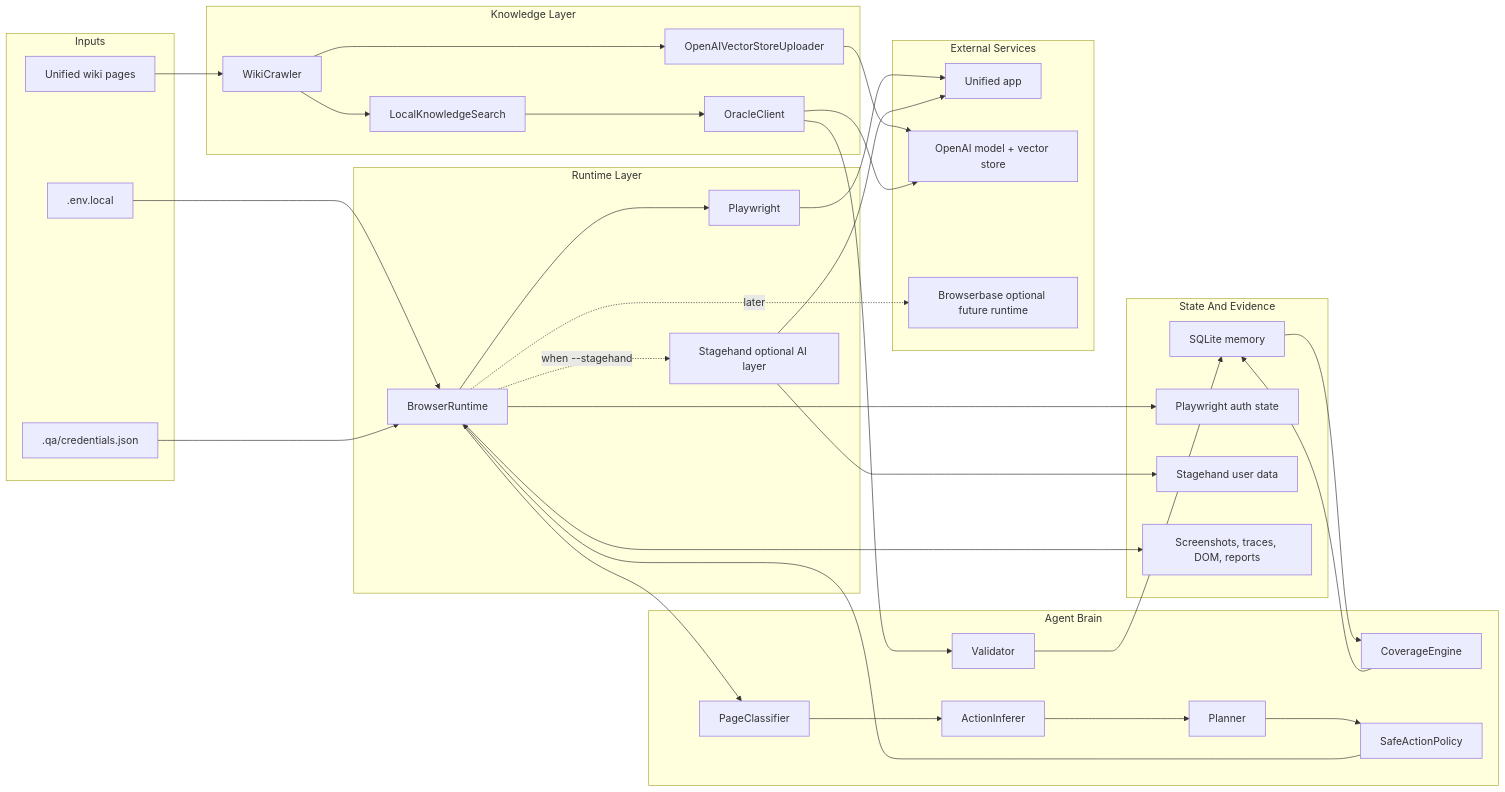
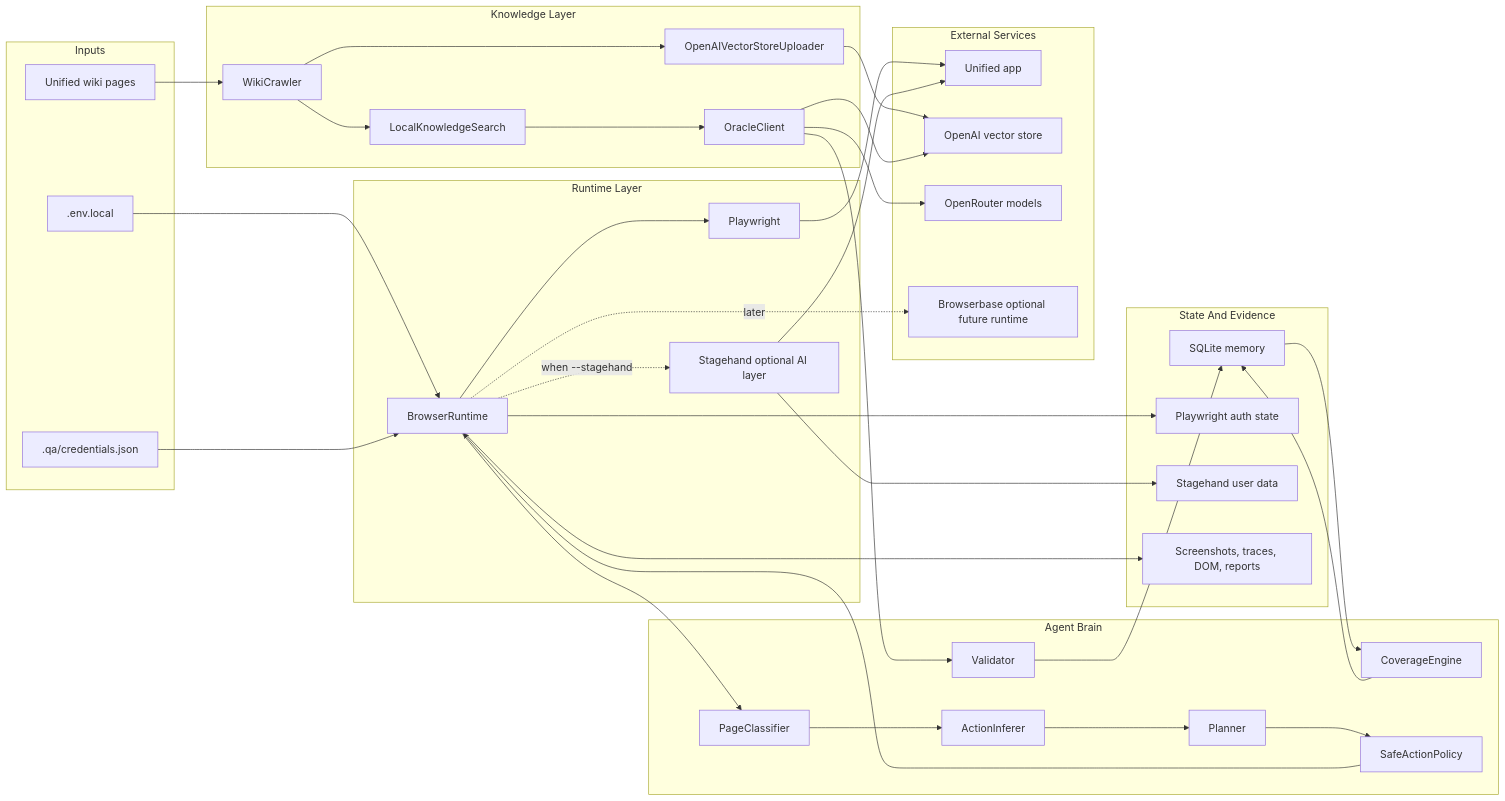
The second of 2 diagrams in README.md (Rohiths-basement/QA-Agent), drawn with Mermaid before and after one commit. The commit also changed other lines of this file and 8 other files, not shown here.

Commit message:
Route QA oracle through OpenRouter

````diff
--- a/README.md
+++ b/README.md
@@ -63,69 +63,71 @@
 ```mermaid
 flowchart LR
   subgraph Inputs["Inputs"]
     EnvFile[".env.local"]
     CredProfiles[".qa/credentials.json"]
     WikiDocs["Unified wiki pages"]
   end
 
   subgraph Knowledge["Knowledge Layer"]
     WikiCrawler["WikiCrawler"]
     LocalSearch["LocalKnowledgeSearch"]
     VectorUpload["OpenAIVectorStoreUploader"]
     OracleClient["OracleClient"]
   end
 
   subgraph Brain["Agent Brain"]
     Planner["Planner"]
     ActionInferer["ActionInferer"]
     PageClassifier["PageClassifier"]
     Validator["Validator"]
     CoverageEngine["CoverageEngine"]
     SafePolicy["SafeActionPolicy"]
   end
 
   subgraph Runtime["Runtime Layer"]
     BrowserRuntime["BrowserRuntime"]
     PlaywrightRuntime["Playwright"]
     StagehandRuntime["Stagehand optional AI layer"]
   end
 
   subgraph State["State And Evidence"]
     SQLite["SQLite memory"]
     AuthState["Playwright auth state"]
     StagehandProfile["Stagehand user data"]
     Artifacts["Screenshots, traces, DOM, reports"]
   end
 
   subgraph External["External Services"]
     UnifiedApp["Unified app"]
-    OpenAI["OpenAI model + vector store"]
+    OpenAI["OpenAI vector store"]
+    OpenRouter["OpenRouter models"]
     Browserbase["Browserbase optional future runtime"]
   end
 
   EnvFile --> BrowserRuntime
   CredProfiles --> BrowserRuntime
   WikiDocs --> WikiCrawler
   WikiCrawler --> LocalSearch
   WikiCrawler --> VectorUpload
   VectorUpload --> OpenAI
   LocalSearch --> OracleClient
   OracleClient --> OpenAI
+  OracleClient --> OpenRouter
   Planner --> SafePolicy
   SafePolicy --> BrowserRuntime
   BrowserRuntime --> PlaywrightRuntime
   BrowserRuntime -. when --stagehand .-> StagehandRuntime
   PlaywrightRuntime --> UnifiedApp
   StagehandRuntime --> UnifiedApp
   BrowserRuntime --> PageClassifier
   PageClassifier --> ActionInferer
   ActionInferer --> Planner
   OracleClient --> Validator
   Validator --> SQLite
   CoverageEngine --> SQLite
   SQLite --> CoverageEngine
   BrowserRuntime --> Artifacts
   BrowserRuntime --> AuthState
   StagehandRuntime --> StagehandProfile
   BrowserRuntime -. later .-> Browserbase
 ```
````
